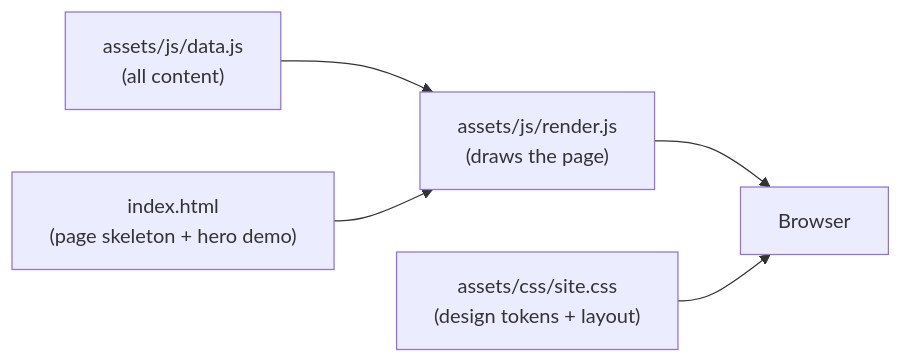
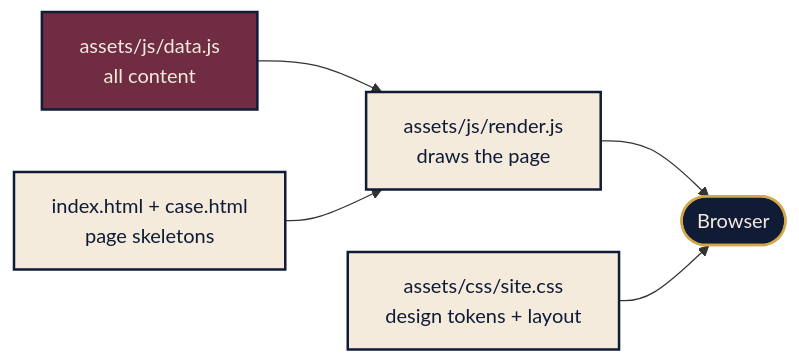
Before and after one commit to BavlyWilliam/Bavly-William-Portfolio: the diagram in README.md, drawn with Mermaid. The commit also changed other lines of this file and 7 other files, not shown here.

````diff
--- a/README.md
+++ b/README.md
@@ -42,7 +163,10 @@
 ```mermaid
 flowchart LR
-    A["assets/js/data.js<br/>(all content)"] --> B["assets/js/render.js<br/>(draws the page)"]
-    C["index.html<br/>(page skeleton + hero demo)"] --> B
-    B --> D["Browser"]
-    E["assets/css/site.css<br/>(design tokens + layout)"] --> D
+    A["assets/js/data.js<br/>all content"]:::data --> B["assets/js/render.js<br/>draws the page"]:::code
+    C["index.html + case.html<br/>page skeletons"]:::code --> B
+    B --> D(["Browser"]):::out
+    E["assets/css/site.css<br/>design tokens + layout"]:::code --> D
+    classDef data fill:#702C42,stroke:#101B35,stroke-width:2px,color:#F4EBDD
+    classDef code fill:#F4EBDD,stroke:#101B35,stroke-width:2px,color:#101B35
+    classDef out fill:#101B35,stroke:#D5A64A,stroke-width:2px,color:#F4EBDD
 ```
````
